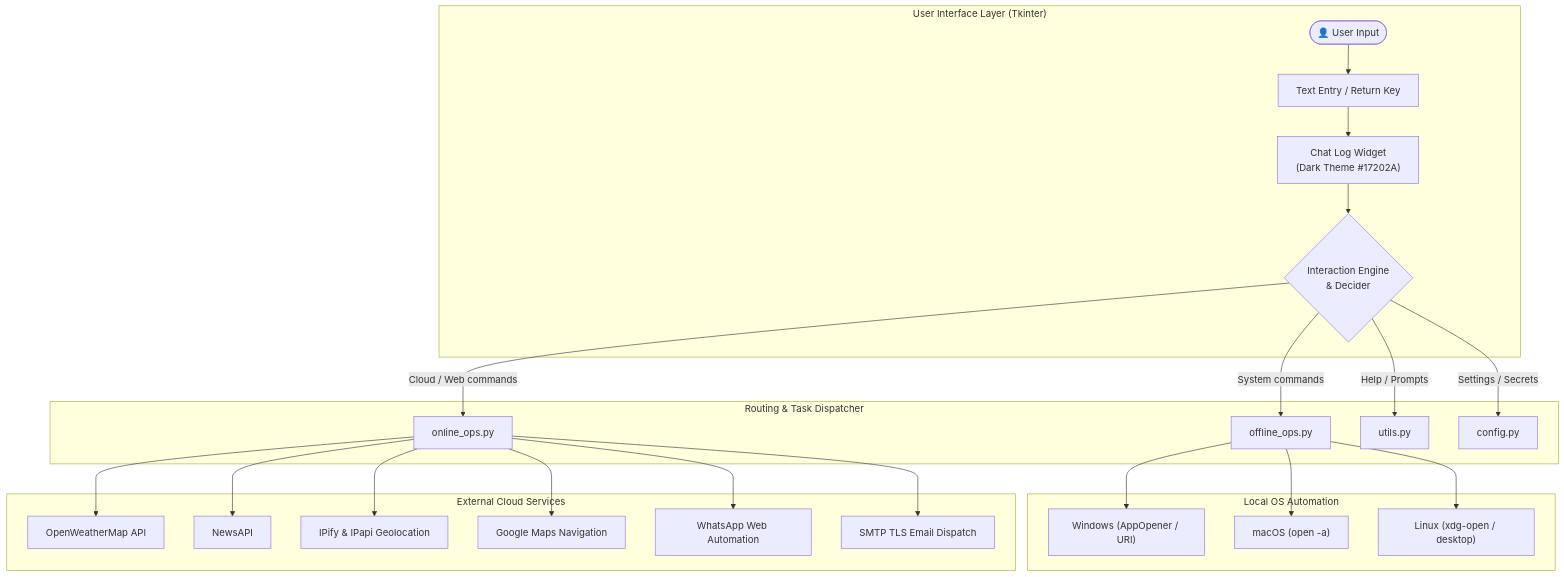
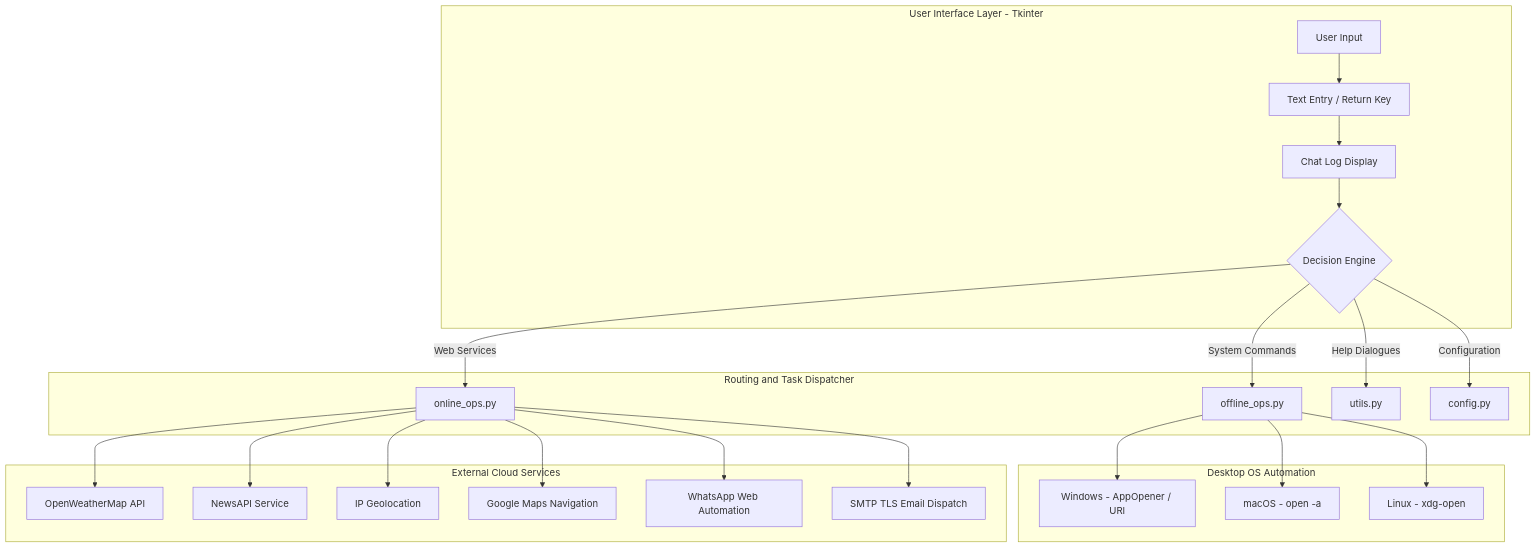
Before and after one commit to MG04/Virtual-Assistant-Chat-Bot: the first of 2 diagrams in README.md, drawn with Mermaid. The commit also changed other lines of this file, not shown here.

Commit message:
fix: clean mermaid syntax for GitHub rendering and remove student IDs from README

````diff
--- a/README.md
+++ b/README.md
@@ -62,30 +62,30 @@
 ```mermaid
 flowchart TD
-    subgraph UI ["User Interface Layer (Tkinter)"]
-        User(["👤 User Input"]) --> Entry["Text Entry / Return Key"]
-        Entry --> ChatLog["Chat Log Widget\n(Dark Theme #17202A)"]
-        ChatLog --> Decider{"Interaction Engine\n& Decider"}
+    subgraph UI [User Interface Layer - Tkinter]
+        User[User Input] --> Entry[Text Entry / Return Key]
+        Entry --> ChatLog[Chat Log Display]
+        ChatLog --> Decider{Decision Engine}
     end
 
-    subgraph Logic ["Routing & Task Dispatcher"]
-        Decider -->|"System commands"| Offline["offline_ops.py"]
-        Decider -->|"Cloud / Web commands"| Online["online_ops.py"]
-        Decider -->|"Help / Prompts"| Utils["utils.py"]
-        Decider -->|"Settings / Secrets"| Config["config.py"]
+    subgraph Routing [Routing and Task Dispatcher]
+        Decider -->|System Commands| Offline[offline_ops.py]
+        Decider -->|Web Services| Online[online_ops.py]
+        Decider -->|Help Dialogues| Utils[utils.py]
+        Decider -->|Configuration| Config[config.py]
     end
 
-    subgraph OSAutomation ["Local OS Automation"]
-        Offline --> Win["Windows (AppOpener / URI)"]
-        Offline --> Mac["macOS (open -a)"]
-        Offline --> Lin["Linux (xdg-open / desktop)"]
+    subgraph OSAutomation [Desktop OS Automation]
+        Offline --> Win[Windows - AppOpener / URI]
+        Offline --> Mac[macOS - open -a]
+        Offline --> Lin[Linux - xdg-open]
     end
 
-    subgraph ExternalServices ["External Cloud Services"]
-        Online --> Weather["OpenWeatherMap API"]
-        Online --> News["NewsAPI"]
-        Online --> GeoIP["IPify & IPapi Geolocation"]
-        Online --> GMaps["Google Maps Navigation"]
-        Online --> WA["WhatsApp Web Automation"]
-        Online --> SMTP["SMTP TLS Email Dispatch"]
+    subgraph ExternalServices [External Cloud Services]
+        Online --> Weather[OpenWeatherMap API]
+        Online --> News[NewsAPI Service]
+        Online --> GeoIP[IP Geolocation]
+        Online --> GMaps[Google Maps Navigation]
+        Online --> WA[WhatsApp Web Automation]
+        Online --> SMTP[SMTP TLS Email Dispatch]
     end
 ```
````
